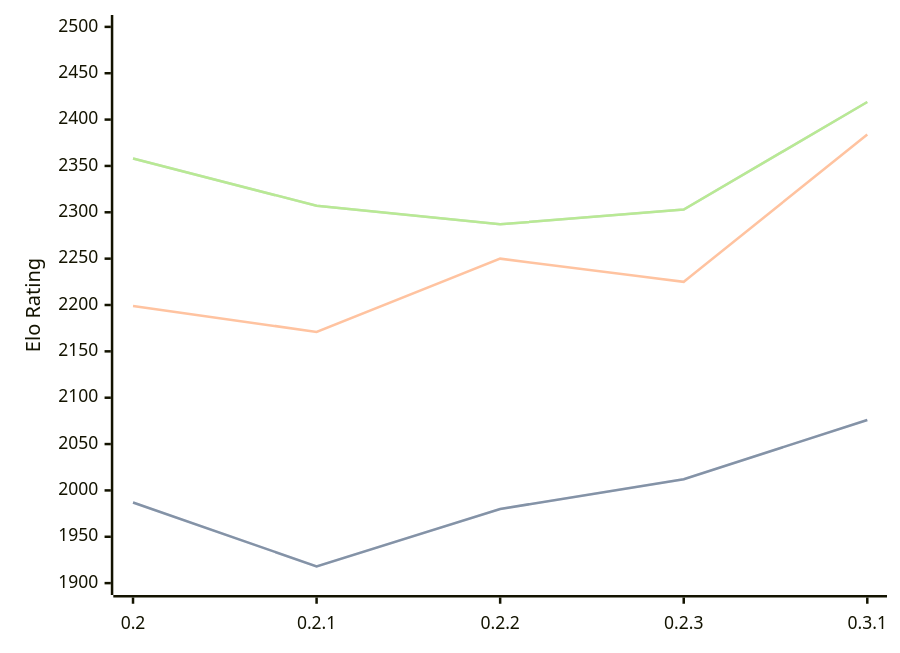
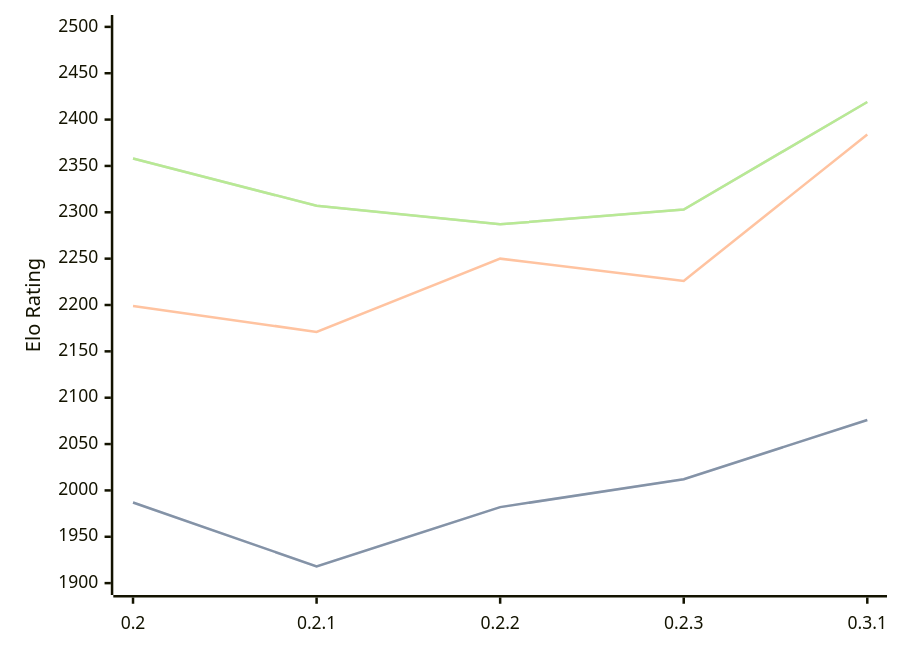
Before and after one commit to computer-chess-index/cci: the diagram in engines/Lolbot.md, drawn with Mermaid. The commit also changed other lines of this file, not shown here.

````diff
--- a/engines/Lolbot.md
+++ b/engines/Lolbot.md
@@ -36,11 +36,11 @@
 ```mermaid
 %%{init: {"theme":"base","themeVariables":{"seriesColors:['#a3a3a3','#222221','#faa371']}}}%%
 xychart-beta
   x-axis ["0.2", "0.2.1", "0.2.2", "0.2.3", "0.3.1"]
   y-axis "Elo Rating" 1900 --> 2500
-  line "STC (8.0+0.08s)" [1987, 1918, 1980, 2012, 2076]
-  line "STC (8.0+0.08s)" [1987, 1918, 1980, 2012, 2076]
-  line "LTC (60.0+0.60s)" [2199, 2171, 2250, 2225, 2384]
+  line "STC (8.0+0.08s)" [1987, 1918, 1982, 2012, 2076]
+  line "STC (8.0+0.08s)" [1987, 1918, 1982, 2012, 2076]
+  line "LTC (60.0+0.60s)" [2199, 2171, 2250, 2226, 2384]
   line "VLTC (2m24s+1.12s)" [2358, 2307, 2287, 2303, 2419]
   line "VLTC (2m24s+1.12s)" [2358, 2307, 2287, 2303, 2419]
 ```
````
